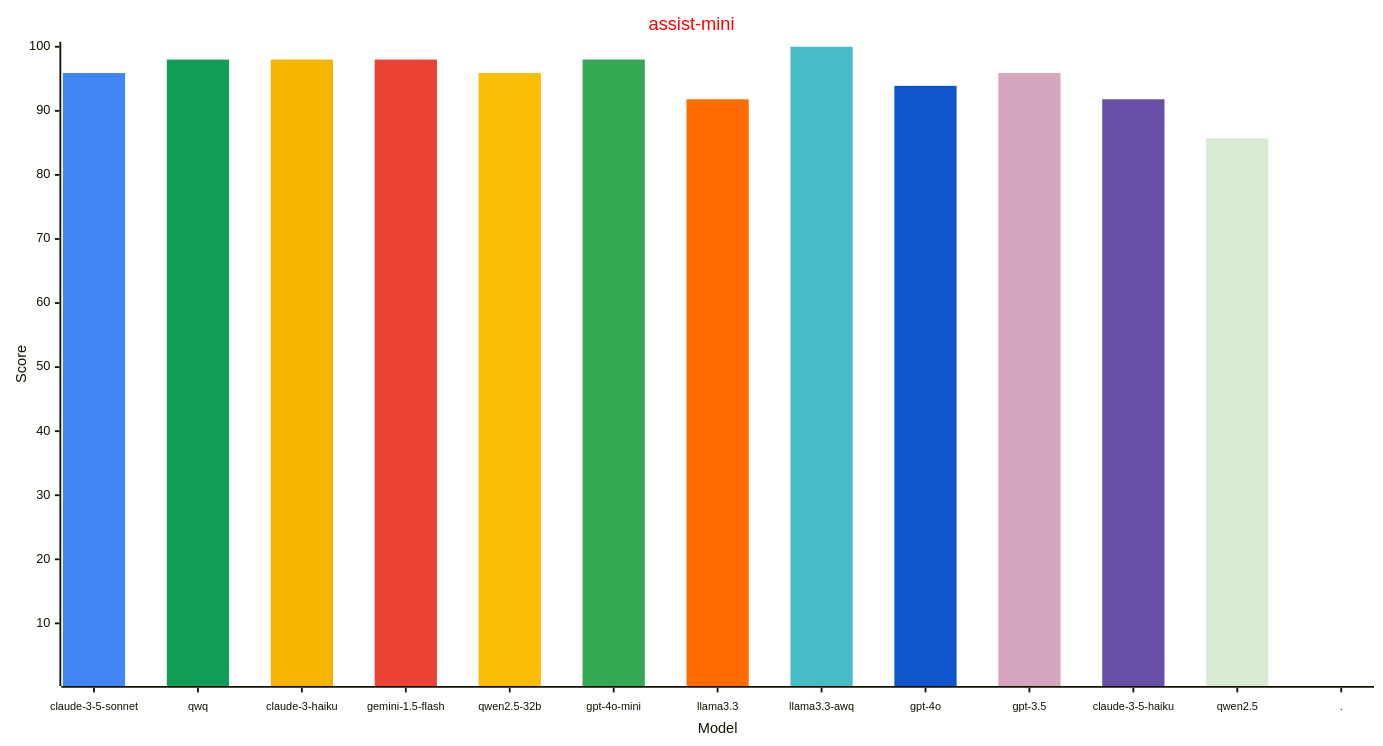
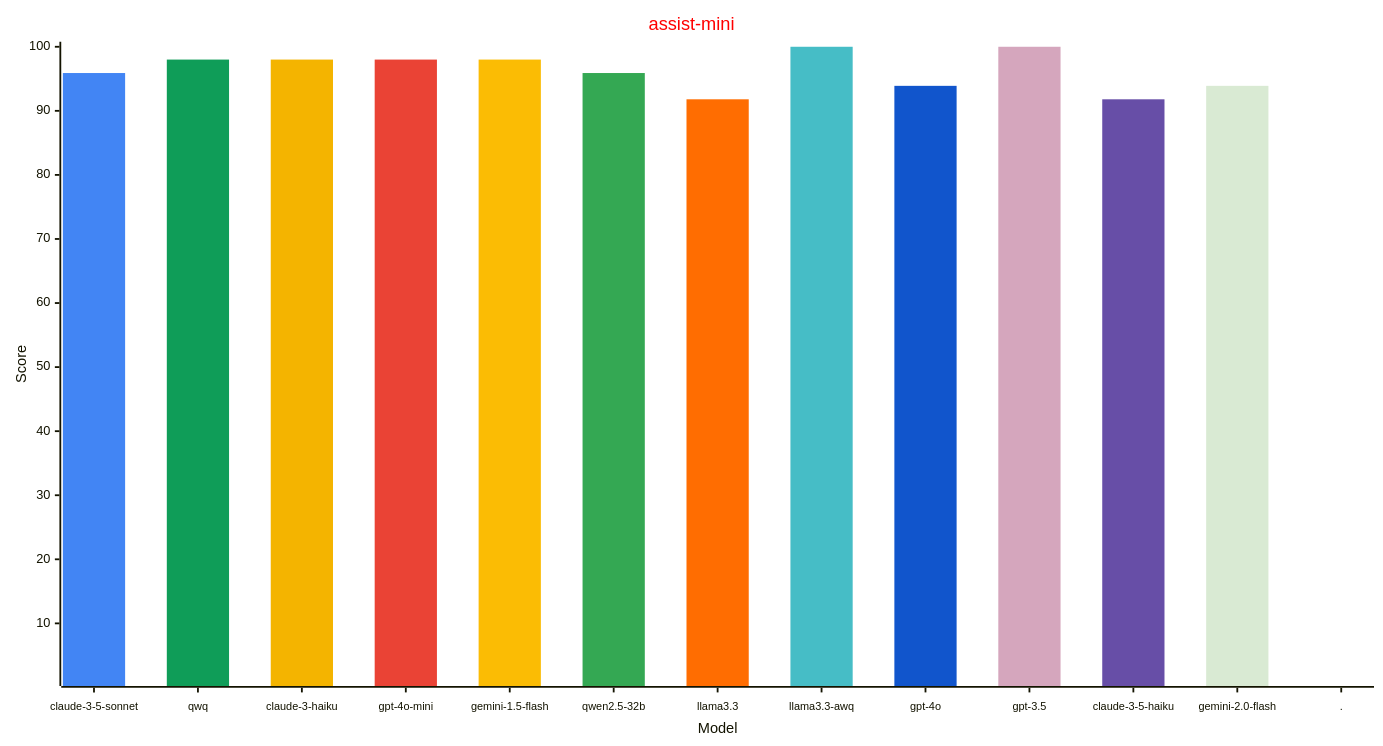
Before and after one commit to allenporter/home-assistant-datasets: the second of 4 diagrams in reports/README.md, drawn with Mermaid. The commit also changed other lines of this file and 1 other file, not shown here.

````diff
--- a/reports/README.md
+++ b/reports/README.md
@@ -101,33 +101,33 @@
 ```mermaid
 ---
 config:
     xyChart:
         width: 1500
         height: 800
         xAxis:
           labelFontSize: 12
           labelPadding: 8
     themeVariables:
         xyChart:
             titleColor: "#ff0000"
             plotColorPalette: "#4285f4, #0f9d58, #f4b400, #ea4335, #fbbc04, #34a853, #ff6d01, #46bdc6, #1155cc, #d5a6bd, #674ea7, #d9ead3, #4285f4"
 
 ---
 xychart-beta
   title "assist-mini"
-  x-axis "Model" [claude-3-5-sonnet, qwq, claude-3-haiku, gemini-1.5-flash, qwen2.5-32b, gpt-4o-mini, llama3.3, llama3.3-awq, gpt-4o, gpt-3.5, claude-3-5-haiku, qwen2.5, .]
+  x-axis "Model" [claude-3-5-sonnet, qwq, claude-3-haiku, gpt-4o-mini, gemini-1.5-flash, qwen2.5-32b, llama3.3, llama3.3-awq, gpt-4o, gpt-3.5, claude-3-5-haiku, gemini-2.0-flash, .]
   y-axis "Score" 1 --> 100
   bar [95.9, 0.0, 0.0, 0.0, 0.0, 0.0, 0.0, 0.0, 0.0, 0.0, 0.0, 0.0, 0.0]
   bar [0.0, 98.0, 0.0, 0.0, 0.0, 0.0, 0.0, 0.0, 0.0, 0.0, 0.0, 0.0, 0.0]
   bar [0.0, 0.0, 98.0, 0.0, 0.0, 0.0, 0.0, 0.0, 0.0, 0.0, 0.0, 0.0, 0.0]
   bar [0.0, 0.0, 0.0, 98.0, 0.0, 0.0, 0.0, 0.0, 0.0, 0.0, 0.0, 0.0, 0.0]
-  bar [0.0, 0.0, 0.0, 0.0, 95.9, 0.0, 0.0, 0.0, 0.0, 0.0, 0.0, 0.0, 0.0]
-  bar [0.0, 0.0, 0.0, 0.0, 0.0, 98.0, 0.0, 0.0, 0.0, 0.0, 0.0, 0.0, 0.0]
+  bar [0.0, 0.0, 0.0, 0.0, 98.0, 0.0, 0.0, 0.0, 0.0, 0.0, 0.0, 0.0, 0.0]
+  bar [0.0, 0.0, 0.0, 0.0, 0.0, 95.9, 0.0, 0.0, 0.0, 0.0, 0.0, 0.0, 0.0]
   bar [0.0, 0.0, 0.0, 0.0, 0.0, 0.0, 91.8, 0.0, 0.0, 0.0, 0.0, 0.0, 0.0]
   bar [0.0, 0.0, 0.0, 0.0, 0.0, 0.0, 0.0, 100.0, 0.0, 0.0, 0.0, 0.0, 0.0]
   bar [0.0, 0.0, 0.0, 0.0, 0.0, 0.0, 0.0, 0.0, 93.9, 0.0, 0.0, 0.0, 0.0]
-  bar [0.0, 0.0, 0.0, 0.0, 0.0, 0.0, 0.0, 0.0, 0.0, 95.9, 0.0, 0.0, 0.0]
+  bar [0.0, 0.0, 0.0, 0.0, 0.0, 0.0, 0.0, 0.0, 0.0, 100.0, 0.0, 0.0, 0.0]
   bar [0.0, 0.0, 0.0, 0.0, 0.0, 0.0, 0.0, 0.0, 0.0, 0.0, 91.8, 0.0, 0.0]
-  bar [0.0, 0.0, 0.0, 0.0, 0.0, 0.0, 0.0, 0.0, 0.0, 0.0, 0.0, 85.7, 0.0]
+  bar [0.0, 0.0, 0.0, 0.0, 0.0, 0.0, 0.0, 0.0, 0.0, 0.0, 0.0, 93.9, 0.0]
   bar [0.0, 0.0, 0.0, 0.0, 0.0, 0.0, 0.0, 0.0, 0.0, 0.0, 0.0, 0.0, -1.0]
 ```
````
